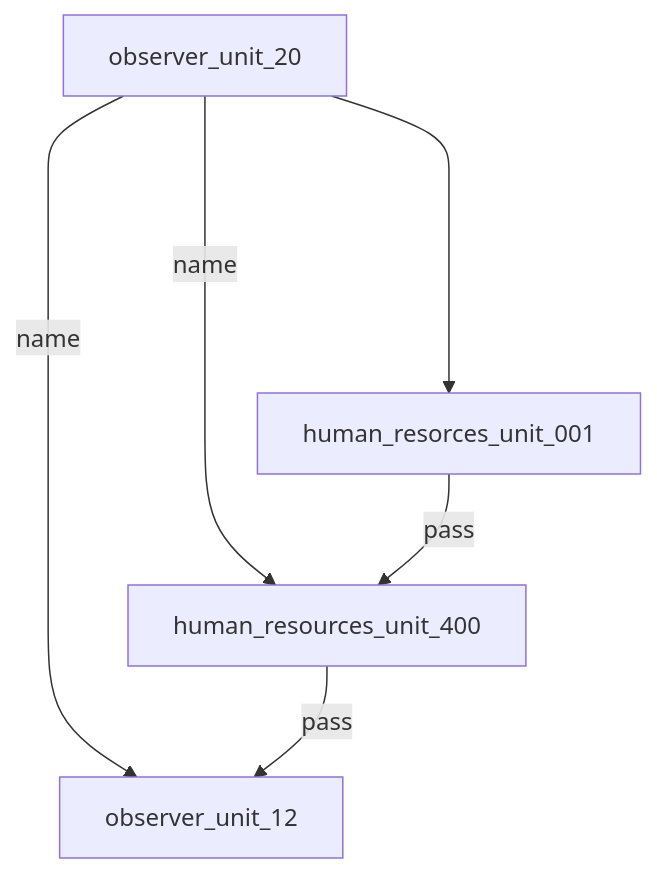
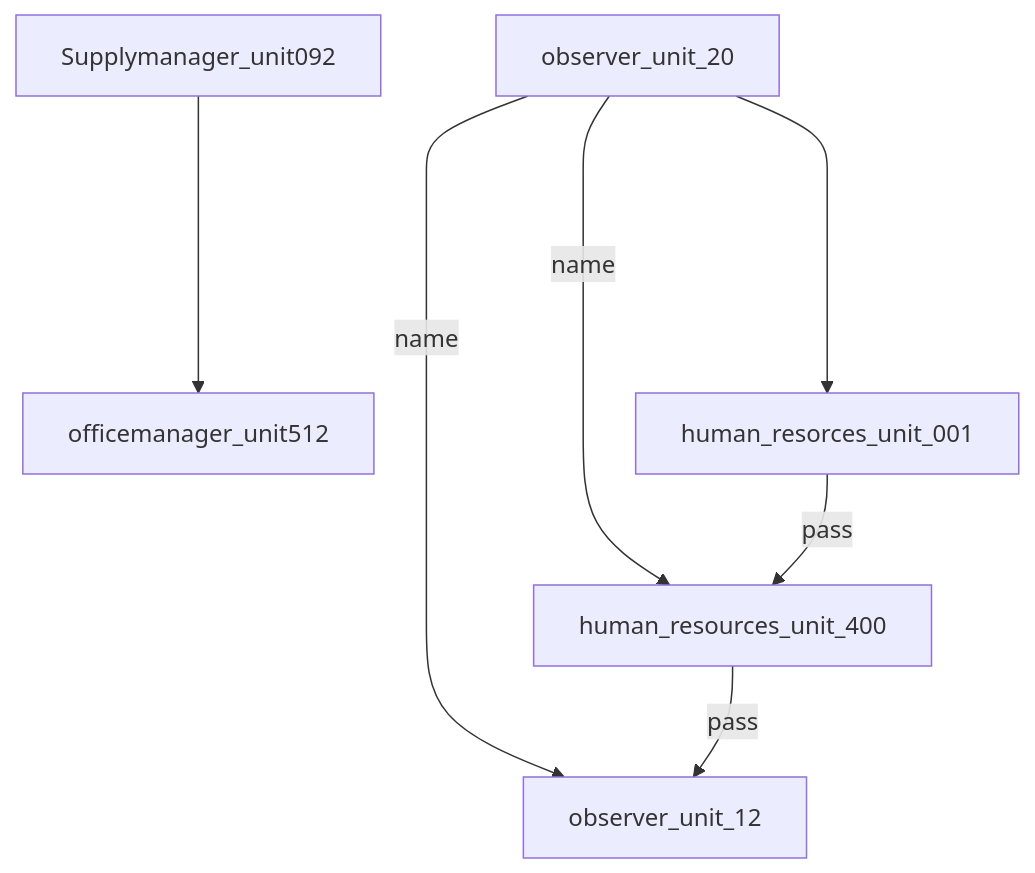
Before and after one commit to 3ncy/ARRS-s5: the diagram in README.md, drawn with Mermaid. The commit also changed other lines of this file and 1 other file, not shown here.

Commit message:
add officemanager_unit512

````diff
--- a/README.md
+++ b/README.md
@@ -12,8 +13,10 @@
 ```mermaid
 graph TD;
     observer_unit_20 --name--> observer_unit_12;
     observer_unit_20 --name--> human_resources_unit_400;
     observer_unit_20 ----> human_resorces_unit_001;
     human_resorces_unit_001 --pass--> human_resources_unit_400
     human_resources_unit_400 --pass--> observer_unit_12
+
+    Supplymanager_unit092 ----> officemanager_unit512
 ```
````
